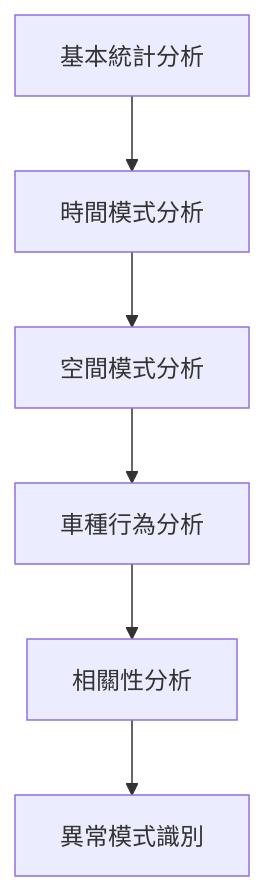
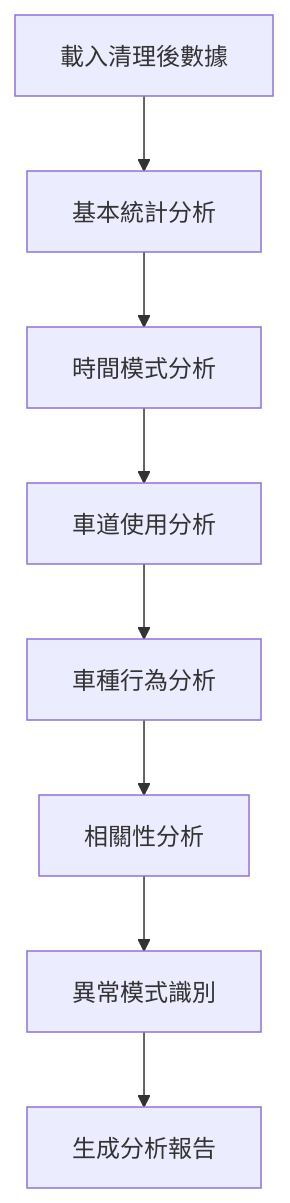
Before and after one commit to qrere-Ya/traffic_project_roadmap: the fourth of 6 diagrams in README.md, drawn with Mermaid. The commit also changed other lines of this file, not shown here.

````diff
--- a/README.md
+++ b/README.md
@@ -113,8 +133,10 @@
 ```mermaid
 graph TD
-    U[基本統計分析] --> V[時間模式分析]
-    V --> W[空間模式分析]
-    W --> X[車種行為分析]
-    X --> Y[相關性分析]
-    Y --> Z[異常模式識別]
+    U[載入清理後數據] --> V[基本統計分析]
+    V --> W[時間模式分析]
+    W --> X[車道使用分析]
+    X --> Y[車種行為分析]
+    Y --> Z[相關性分析]
+    Z --> AA[異常模式識別]
+    AA --> BB[生成分析報告]
 ```
````
